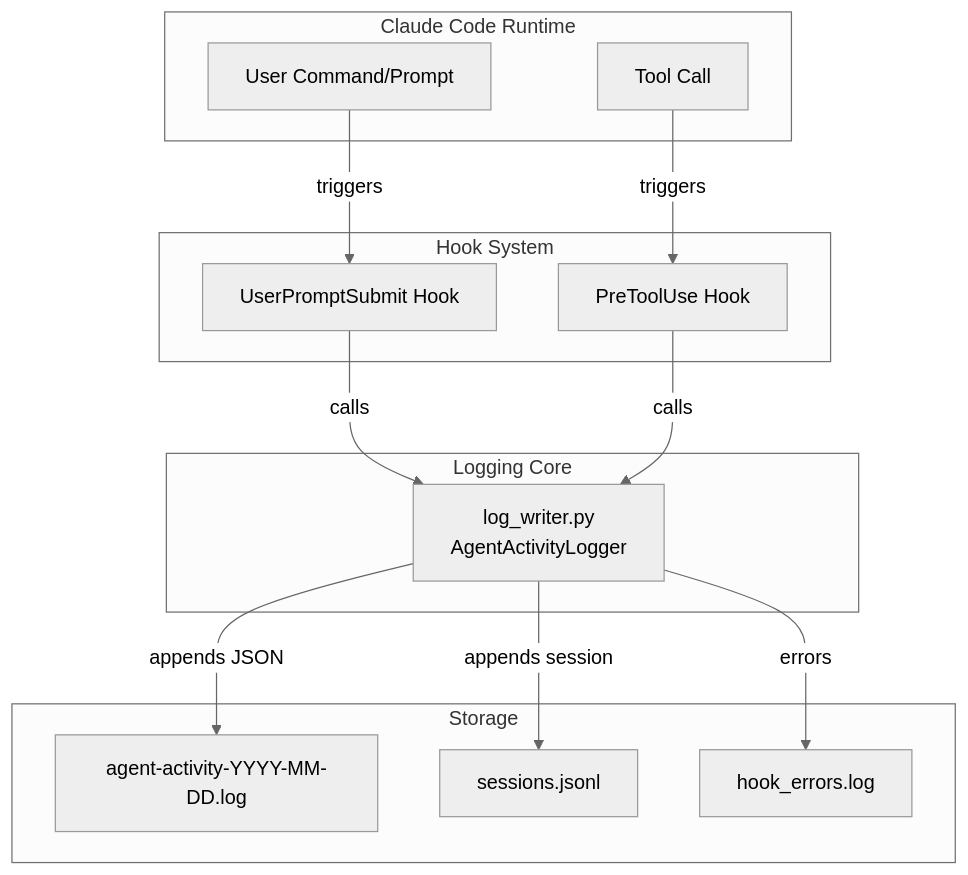
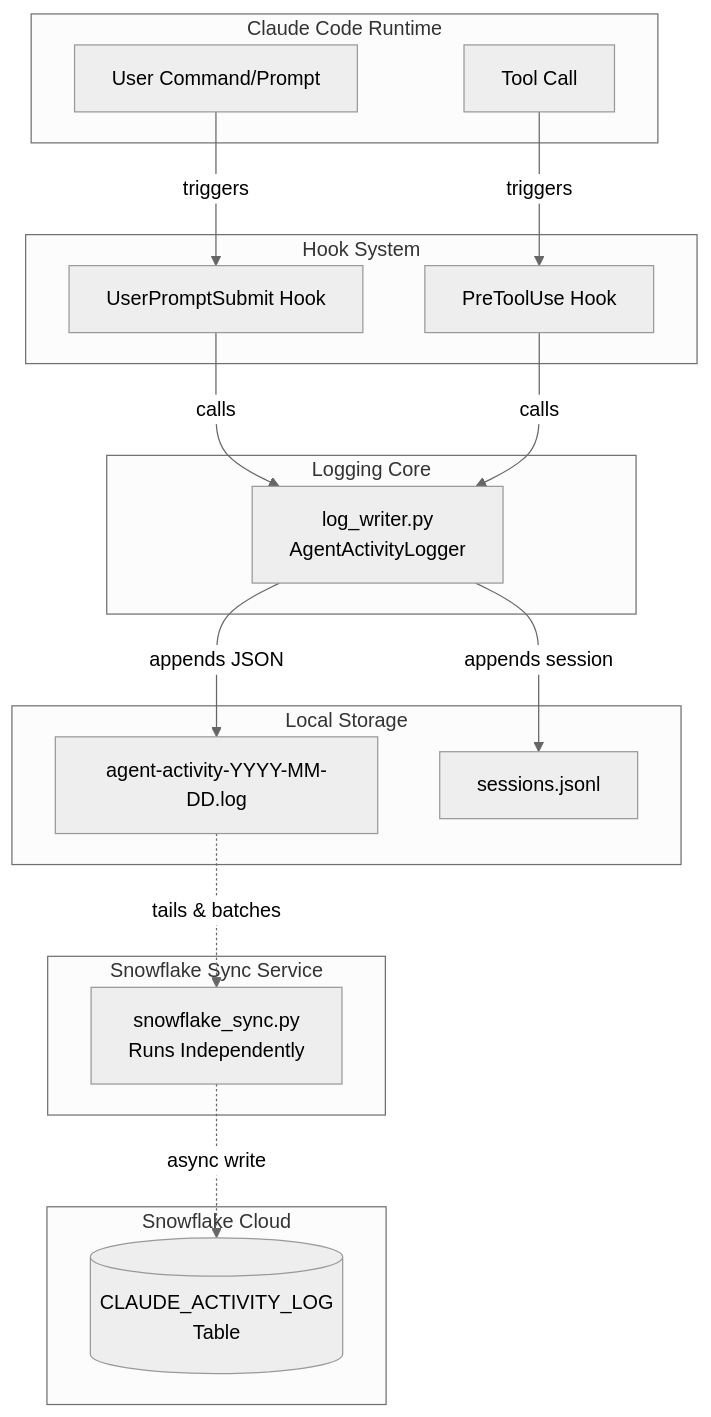
Before and after one commit to feedbackloopai-llc/optivai-claude-plugin: the first of 5 diagrams in .claude/hooks/LOGGING-SYSTEM-DESIGN.md, drawn with Mermaid (neutral theme). The commit also changed other lines of this file and 5 other files, not shown here.

First line of the commit message:
feat: add Snowflake sync service for enterprise log aggregation

````diff
--- a/.claude/hooks/LOGGING-SYSTEM-DESIGN.md
+++ b/.claude/hooks/LOGGING-SYSTEM-DESIGN.md
@@ -9,30 +15,39 @@
 ```mermaid
 flowchart TB
     subgraph Claude Code Runtime
         UC[User Command/Prompt]
         TC[Tool Call]
     end
 
     subgraph Hook System
         UPS[UserPromptSubmit Hook]
         PTU[PreToolUse Hook]
     end
 
     subgraph Logging Core
         LW[log_writer.py<br/>AgentActivityLogger]
     end
 
-    subgraph Storage
+    subgraph Local Storage
         AL[agent-activity-YYYY-MM-DD.log]
         SJ[sessions.jsonl]
-        EL[hook_errors.log]
+    end
+
+    subgraph Snowflake Sync Service
+        SS[snowflake_sync.py<br/>Runs Independently]
+    end
+
+    subgraph Snowflake Cloud
+        SF[(CLAUDE_ACTIVITY_LOG<br/>Table)]
     end
 
     UC -->|triggers| UPS
     TC -->|triggers| PTU
     UPS -->|calls| LW
     PTU -->|calls| LW
     LW -->|appends JSON| AL
     LW -->|appends session| SJ
-    LW -->|errors| EL
+
+    AL -.->|tails & batches| SS
+    SS -.->|async write| SF
 ```
````
